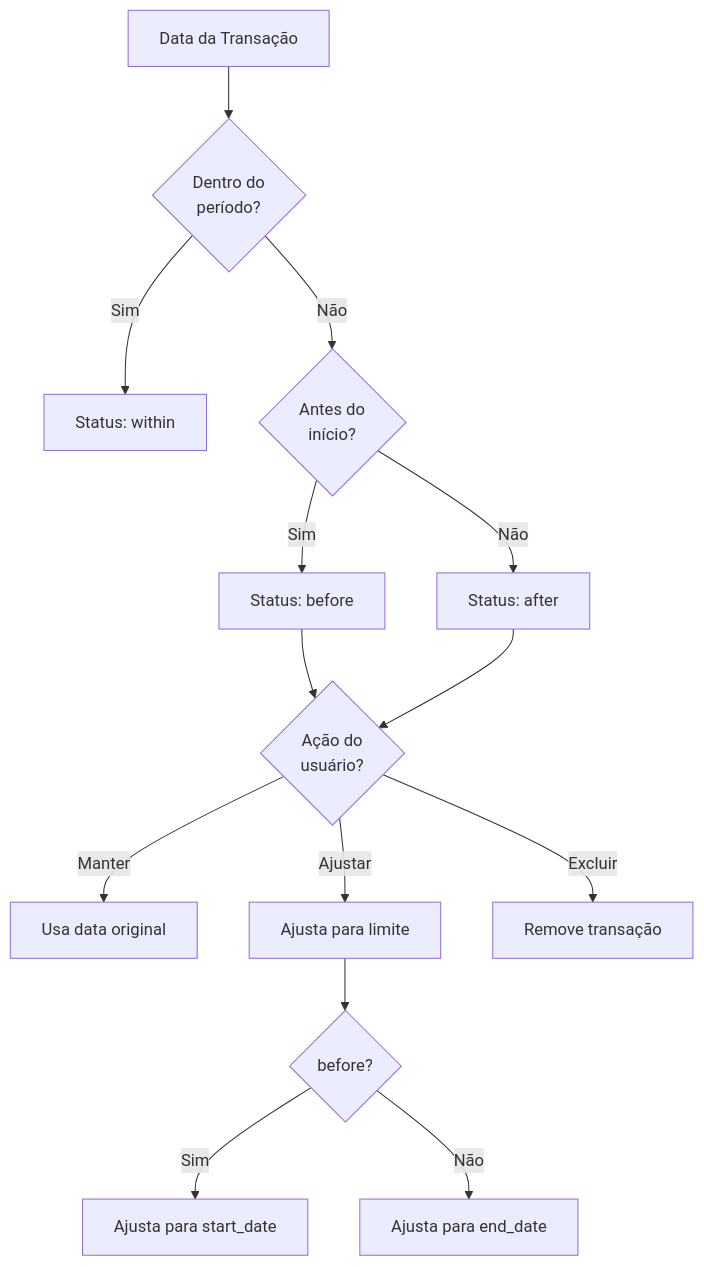
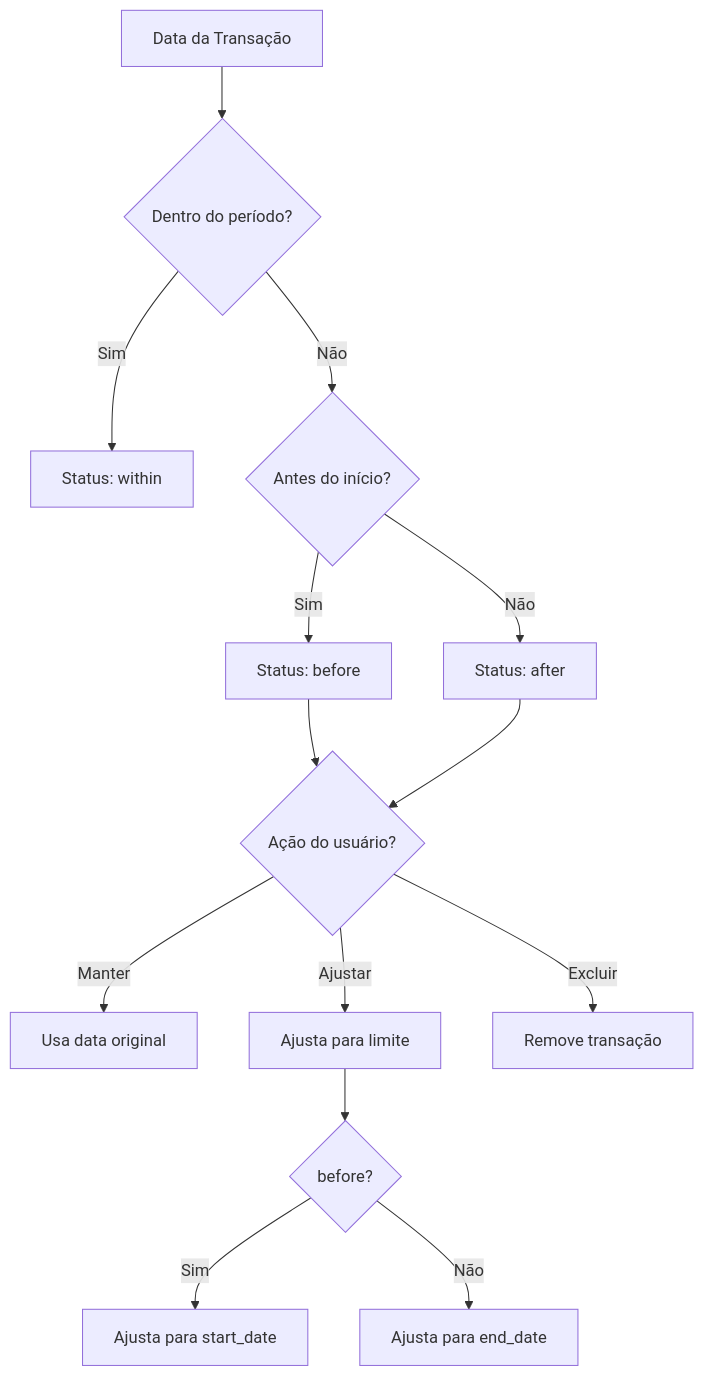
One commit to andrebarsotti/csv-to-ofx-converter changed the third of 3 diagrams in docs/pt-BR/classes/DateValidator.md. Above: the diagram before and after it, drawn with Mermaid. The commit also changed 13 other files, not shown here.

Commit message:
fix: Remove unsupported br tags from Mermaid diagrams for GitHub rendering

````diff
--- a/docs/pt-BR/classes/DateValidator.md
+++ b/docs/pt-BR/classes/DateValidator.md
@@ -140,19 +140,19 @@
 ```mermaid
 flowchart TD
-    A[Data da Transação] --> B{Dentro do<br/>período?}
+    A[Data da Transação] --> B{Dentro do período?}
     B -->|Sim| C[Status: within]
-    B -->|Não| D{Antes do<br/>início?}
+    B -->|Não| D{Antes do início?}
     D -->|Sim| E[Status: before]
     D -->|Não| F[Status: after]
     
-    E --> G{Ação do<br/>usuário?}
+    E --> G{Ação do usuário?}
     F --> G
     
     G -->|Manter| H[Usa data original]
     G -->|Ajustar| I[Ajusta para limite]
     G -->|Excluir| J[Remove transação]
     
     I --> K{before?}
     K -->|Sim| L[Ajusta para start_date]
     K -->|Não| M[Ajusta para end_date]
 ```
````
